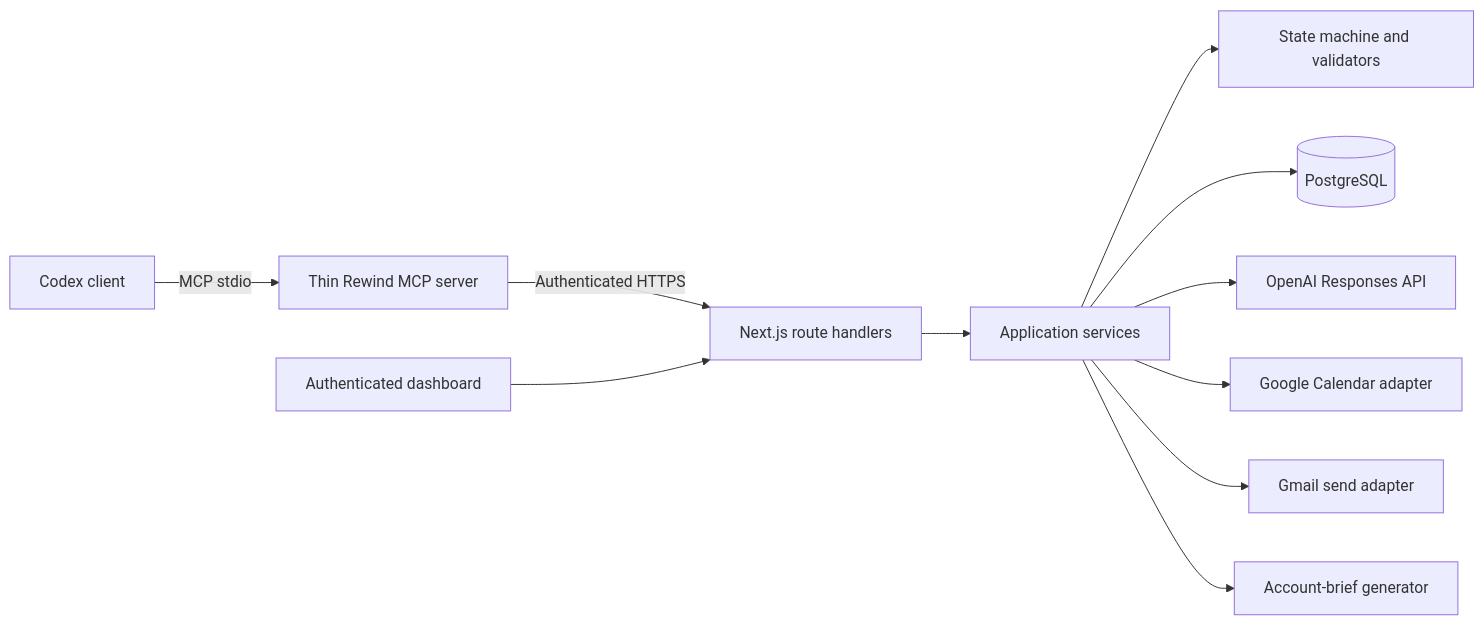
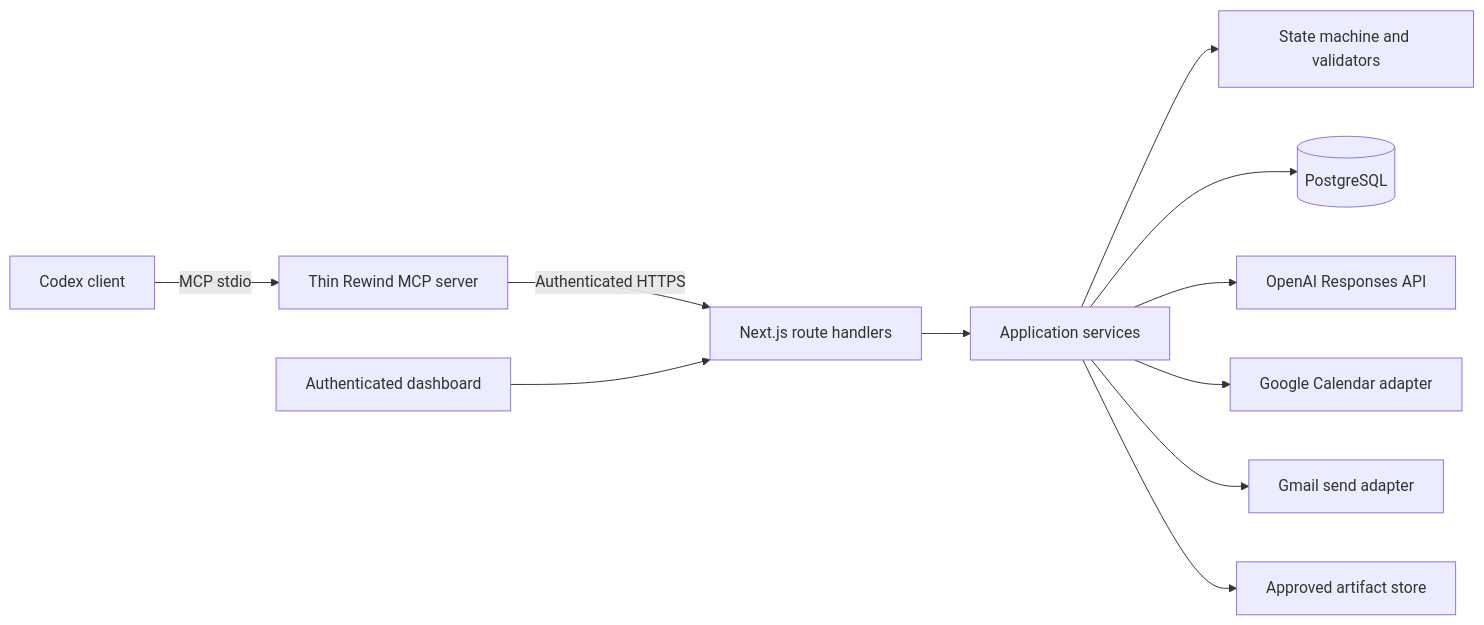
One commit to AJCoder01/Rewind changed the first of 4 diagrams in docs/ARCHITECTURE.md. Above: the diagram before and after it, drawn with Mermaid. The commit also changed other lines of this file and 10 other files, not shown here.

````diff
--- a/docs/ARCHITECTURE.md
+++ b/docs/ARCHITECTURE.md
@@ -27,13 +27,13 @@
 ```mermaid
 flowchart LR
     Codex["Codex client"] -->|"MCP stdio"| MCP["Thin Rewind MCP server"]
     MCP -->|"Authenticated HTTPS"| API["Next.js route handlers"]
     Browser["Authenticated dashboard"] --> API
     API --> Service["Application services"]
     Service --> Domain["State machine and validators"]
     Service --> DB[("PostgreSQL")]
     Service --> AI["OpenAI Responses API"]
     Service --> Cal["Google Calendar adapter"]
     Service --> Mail["Gmail send adapter"]
-    Service --> Artifact["Account-brief generator"]
+    Service --> Artifact["Approved artifact store"]
 ```
````
